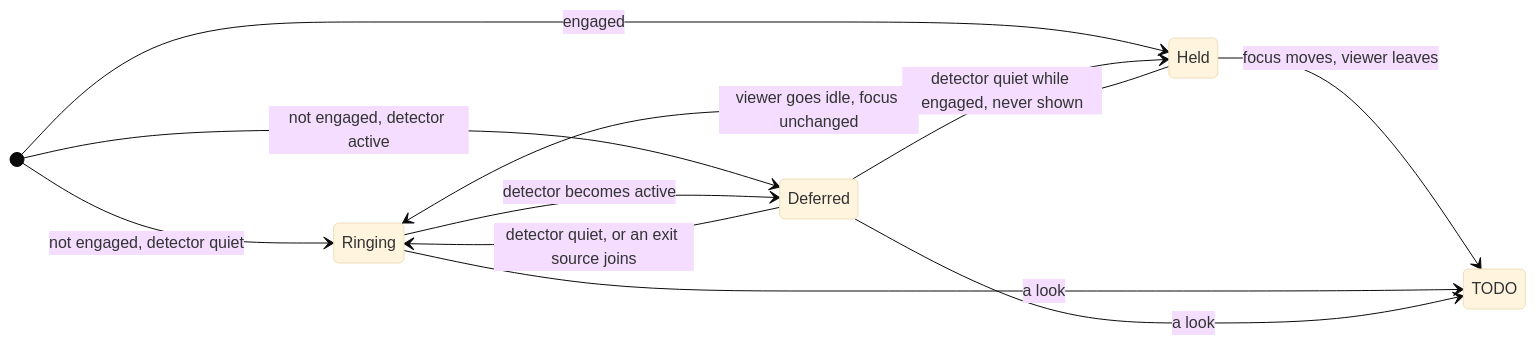
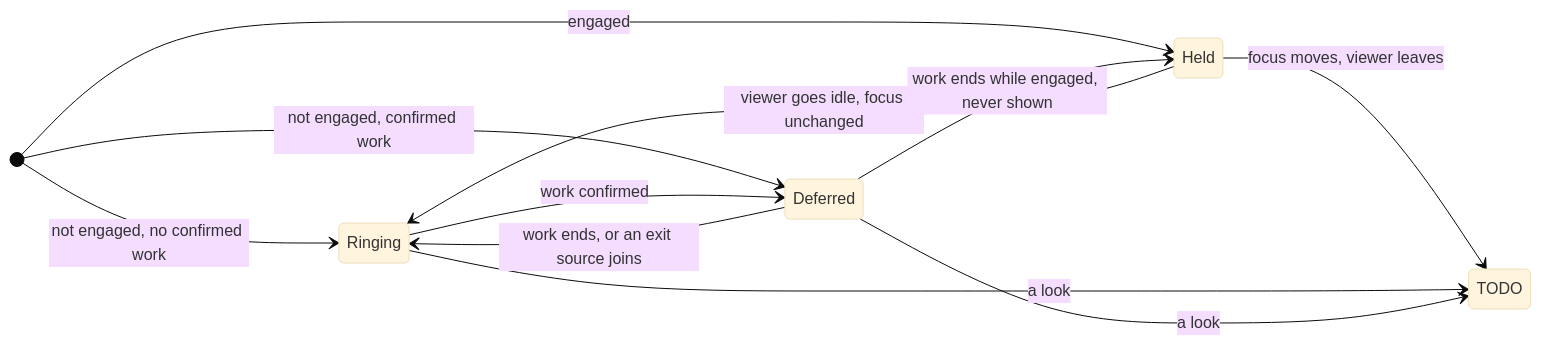
The second of 4 diagrams in docs/specs/alert.md (diffplug/dormouse), drawn with Mermaid (base theme) before and after one commit. The commit also changed other lines of this file and 7 other files, not shown here.

First line of the commit message:
Defer alerts only on confirmed work

````diff
--- a/docs/specs/alert.md
+++ b/docs/specs/alert.md
@@ -107,14 +107,14 @@
 ```mermaid
 stateDiagram-v2
   direction LR
-  [*] --> Ringing: not engaged, detector quiet
-  [*] --> Deferred: not engaged, detector active
+  [*] --> Ringing: not engaged, no confirmed work
+  [*] --> Deferred: not engaged, confirmed work
   [*] --> Held: engaged
-  Deferred --> Ringing: detector quiet, or an exit source joins
-  Deferred --> Held: detector quiet while engaged, never shown
-  Ringing --> Deferred: detector becomes active
+  Deferred --> Ringing: work ends, or an exit source joins
+  Deferred --> Held: work ends while engaged, never shown
+  Ringing --> Deferred: work confirmed
   Held --> Ringing: viewer goes idle, focus unchanged
   Held --> TODO: focus moves, viewer leaves
   Ringing --> TODO: a look
   Deferred --> TODO: a look
 ```
````
